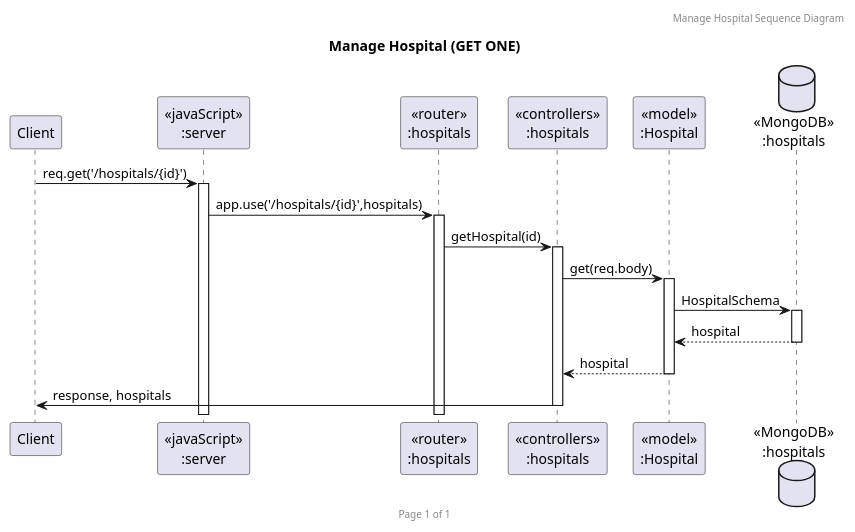
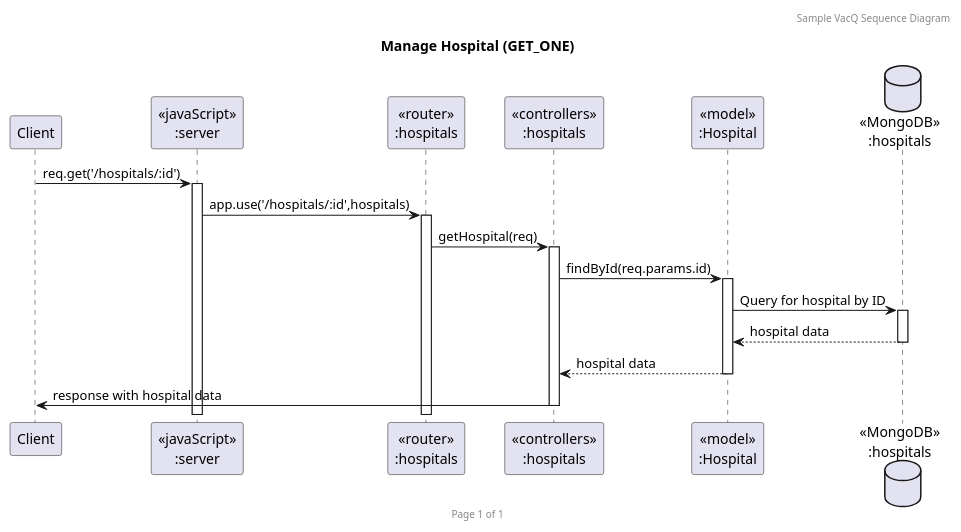
One commit to guncv/Soft_Dev_Prac_Backend changed the diagram in PLANTUML/ManageHospitalSequenceGETONE.puml. Above: the diagram before and after it, drawn with PlantUML. The commit also changed 3 other files, not shown here.

```diff
--- a/PLANTUML/ManageHospitalSequenceGETONE.puml
+++ b/PLANTUML/ManageHospitalSequenceGETONE.puml
@@ -1,23 +1,22 @@
-@startuml Manage Hospital (GET ONE)
+@startuml Manage Hospital (GET_ONE)
 
-header Manage Hospital Sequence Diagram
+header Sample VacQ Sequence Diagram
 footer Page %page% of %lastpage%
-title "Manage Hospital (GET ONE)"
+title "Manage Hospital (GET_ONE)"
 
 participant "Client" as client
 participant "<<javaScript>>\n:server" as server
 participant "<<router>>\n:hospitals" as routerHospitals
 participant "<<controllers>>\n:hospitals" as controllersHospitals
 participant "<<model>>\n:Hospital" as modelHospital
 database "<<MongoDB>>\n:hospitals" as HospitalsDatabase
 
-client->server ++:req.get('/hospitals/{id}')
-server->routerHospitals ++:app.use('/hospitals/{id}',hospitals)
-routerHospitals -> controllersHospitals ++:getHospital(id)
-controllersHospitals->modelHospital ++:get(req.body)
-modelHospital ->HospitalsDatabase ++: HospitalSchema
-HospitalsDatabase --> modelHospital --: hospital
-controllersHospitals <-- modelHospital --:hospital
-controllersHospitals->client --:response, hospitals
-
-@enduml
+client->server ++:req.get('/hospitals/:id')
+server->routerHospitals ++:app.use('/hospitals/:id',hospitals)
+routerHospitals -> controllersHospitals ++:getHospital(req)
+controllersHospitals->modelHospital ++:findById(req.params.id)
+modelHospital ->HospitalsDatabase ++: Query for hospital by ID
+HospitalsDatabase --> modelHospital --: hospital data
+controllersHospitals <-- modelHospital --:hospital data
+controllersHospitals->client --:response with hospital data
+@enduml 
```
